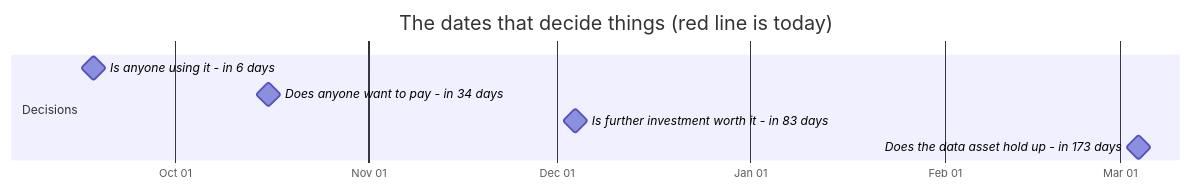
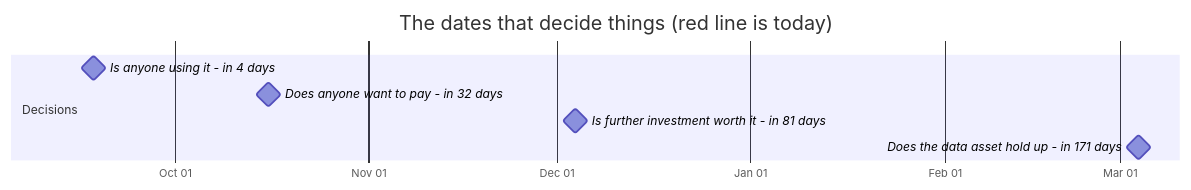
The first of 2 diagrams in docs/OWNER.md (jakegu1/vetagent), drawn with Mermaid before and after one commit. The commit also changed other lines of this file and 1 other file, not shown here.

````diff
--- a/docs/OWNER.md
+++ b/docs/OWNER.md
@@ -83,12 +83,12 @@
 ```mermaid
 gantt
     dateFormat YYYY-MM-DD
     axisFormat %b %d
     todayMarker stroke-width:3px,stroke:#d33,stroke-dasharray:0
     title The dates that decide things (red line is today)
     section Decisions
-    Is anyone using it - in 6 days :milestone, 2026-09-18, 0d
-    Does anyone want to pay - in 34 days :milestone, 2026-10-16, 0d
-    Is further investment worth it - in 83 days :milestone, 2026-12-04, 0d
-    Does the data asset hold up - in 173 days :milestone, 2027-03-04, 0d
+    Is anyone using it - in 4 days :milestone, 2026-09-18, 0d
+    Does anyone want to pay - in 32 days :milestone, 2026-10-16, 0d
+    Is further investment worth it - in 81 days :milestone, 2026-12-04, 0d
+    Does the data asset hold up - in 171 days :milestone, 2027-03-04, 0d
 ```
````
